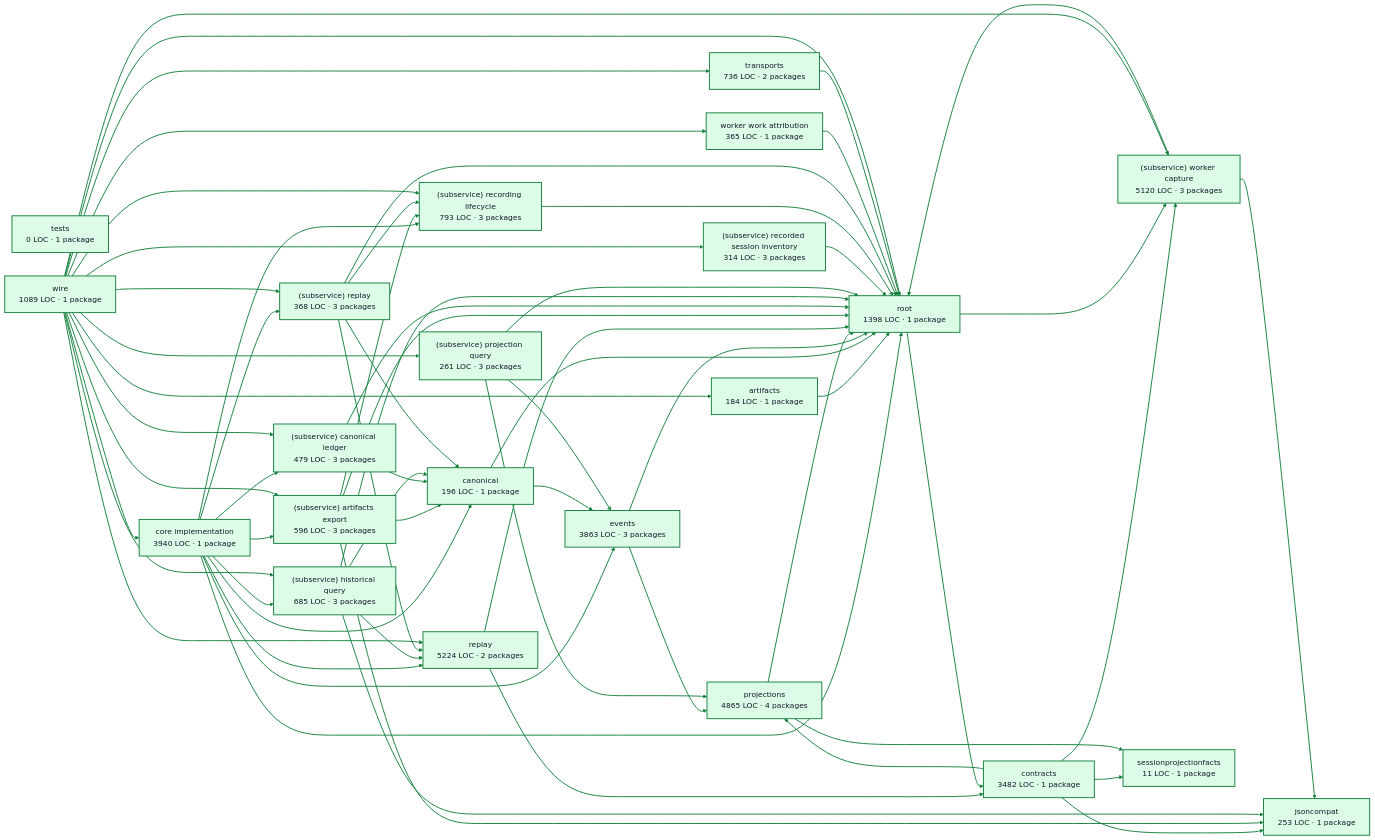
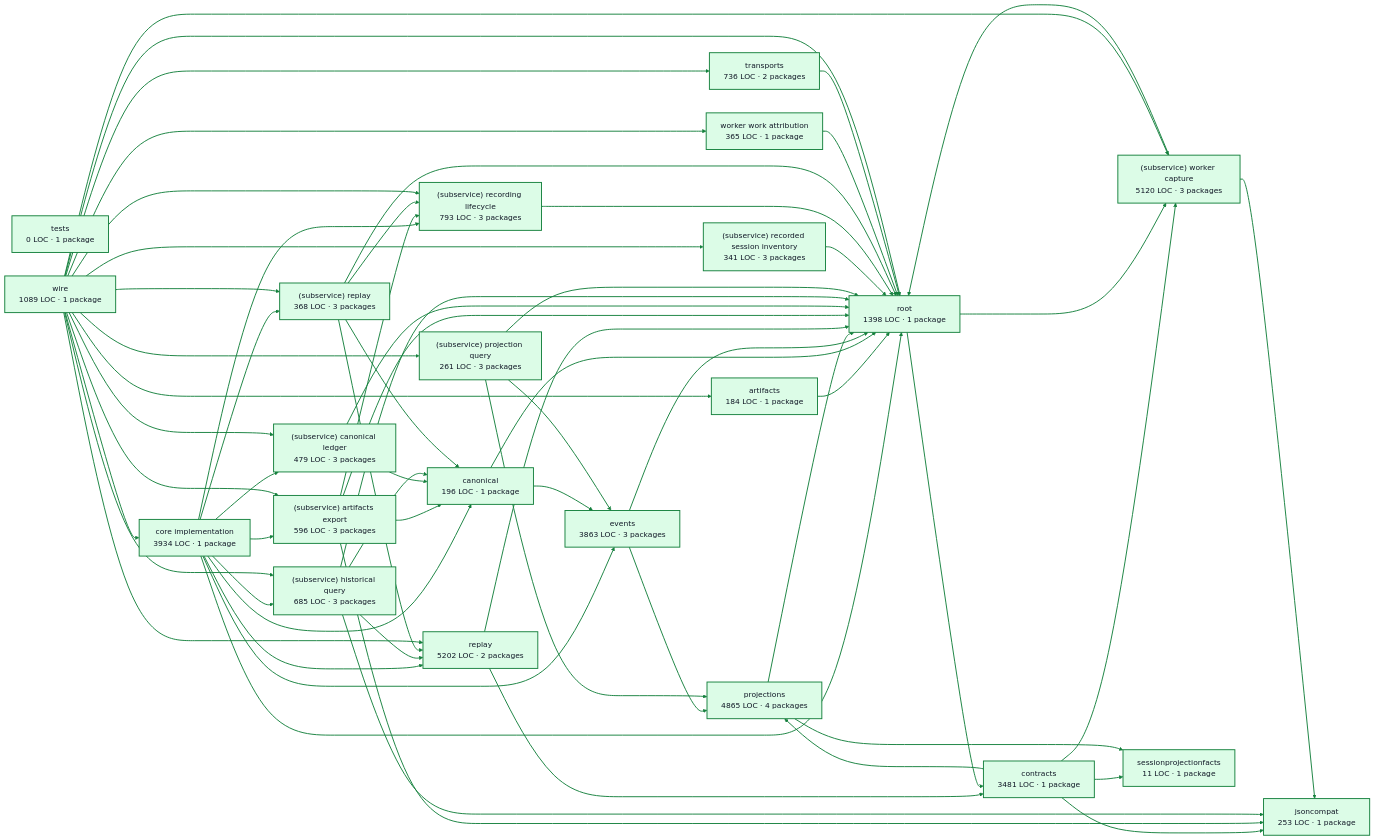
One commit to portpowered/you-agent-factory changed the diagram in docs/architecture/visualizations/services/recordings.md. Above: the diagram before and after it, drawn with Mermaid. The commit also changed other lines of this file and 20 other files, not shown here.

Commit message:
docs: refresh backend architecture visualizations

````diff
--- a/docs/architecture/visualizations/services/recordings.md
+++ b/docs/architecture/visualizations/services/recordings.md
@@ -11,18 +11,18 @@
 ```mermaid
 flowchart LR
-  p0["core implementation<br/>3940 LOC · 1 package"]
+  p0["core implementation<br/>3934 LOC · 1 package"]
   p1["artifacts<br/>184 LOC · 1 package"]
   p2["canonical<br/>196 LOC · 1 package"]
-  p3["contracts<br/>3482 LOC · 1 package"]
+  p3["contracts<br/>3481 LOC · 1 package"]
   p4["events<br/>3863 LOC · 3 packages"]
   p5["jsoncompat<br/>253 LOC · 1 package"]
   p6["projections<br/>4865 LOC · 4 packages"]
-  p7["replay<br/>5224 LOC · 2 packages"]
+  p7["replay<br/>5202 LOC · 2 packages"]
   p8["(subservice) artifacts export<br/>596 LOC · 3 packages"]
   p9["(subservice) canonical ledger<br/>479 LOC · 3 packages"]
   p10["(subservice) historical query<br/>685 LOC · 3 packages"]
   p11["(subservice) projection query<br/>261 LOC · 3 packages"]
-  p12["(subservice) recorded session inventory<br/>314 LOC · 3 packages"]
+  p12["(subservice) recorded session inventory<br/>341 LOC · 3 packages"]
   p13["(subservice) recording lifecycle<br/>793 LOC · 3 packages"]
   p14["(subservice) replay<br/>368 LOC · 3 packages"]
   p15["(subservice) worker capture<br/>5120 LOC · 3 packages"]
````
